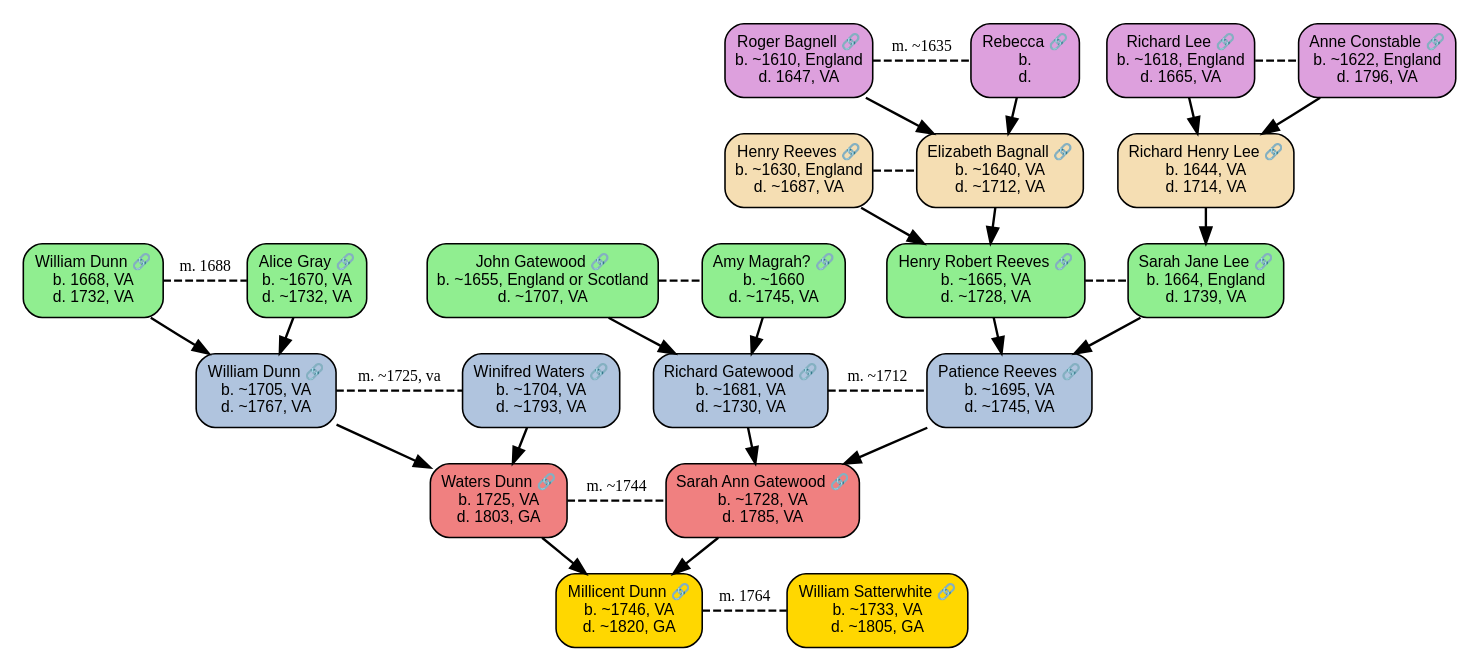
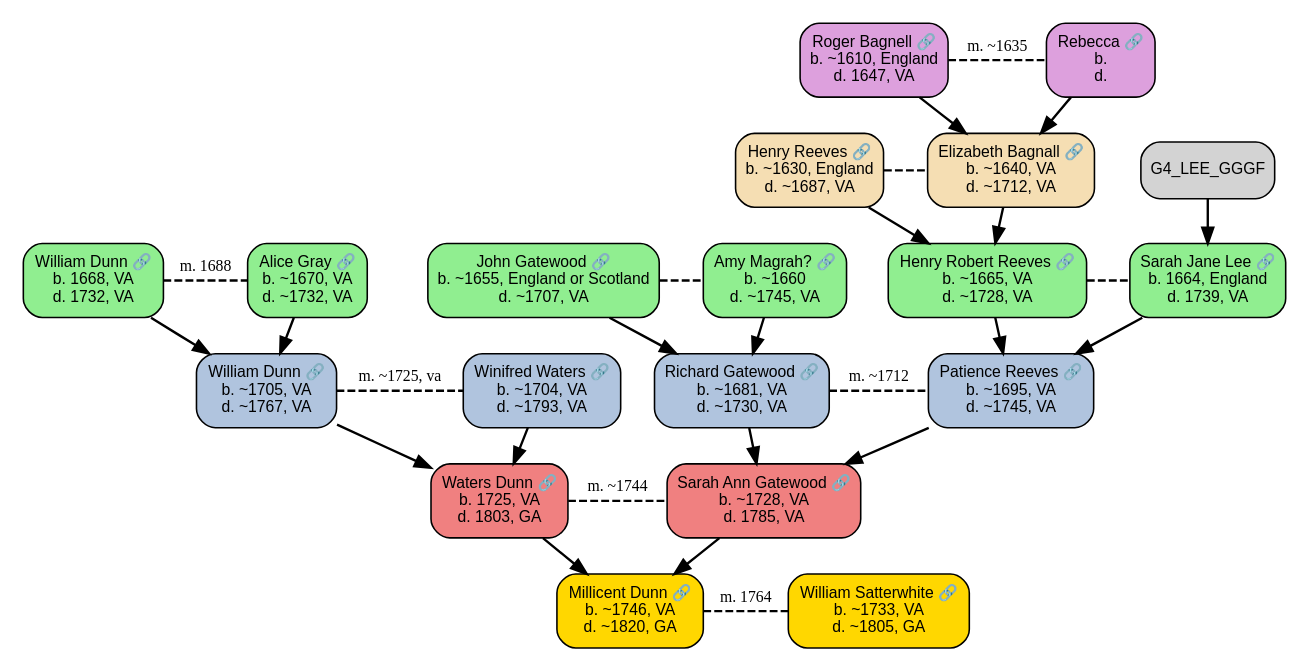
Before and after one commit to lchogal/Scott_line: the diagram in output/Scott_line_Satterwhite_branch_Dunn_branch.dot, drawn with Graphviz. The commit also changed 21 other files, not shown here.

```diff
--- a/output/Scott_line_Satterwhite_branch_Dunn_branch.dot
+++ b/output/Scott_line_Satterwhite_branch_Dunn_branch.dot
@@ -1,78 +1,71 @@
 digraph family_tree {
     rankdir=TB;
     bgcolor=white;
     margin=0.1;
     pad=0.1;
     ranksep=0.3;
     nodesep=0.2;
     node [shape=box, style="filled,rounded", fontname="Arial", fontsize=10, fixedsize=false, margin=0.1];
     edge [color=black, penwidth=1.5];
     
     
     "G0_ME" [label="Millicent Dunn 🔗\nb. ~1746, VA\nd. ~1820, GA", fillcolor="gold", style="filled,rounded", URL="https://www.wikitree.com/wiki/Dunn-1110", target="_blank", tooltip=""];
     "G0_SPOUSE" [label="William Satterwhite 🔗\nb. ~1733, VA\nd. ~1805, GA", fillcolor="gold", style="filled,rounded", URL="https://www.wikitree.com/wiki/Satterwhite-248", target="_blank", tooltip=""];
     "G1_FATHER" [label="Waters Dunn 🔗\nb. 1725, VA\nd. 1803, GA", fillcolor="lightcoral", style="filled,rounded", URL="https://www.wikitree.com/wiki/Dunn-4072", target="_blank", tooltip=""];
     "G1_MOTHER" [label="Sarah Ann Gatewood 🔗\nb. ~1728, VA\nd. 1785, VA", fillcolor="lightcoral", style="filled,rounded", URL="https://www.wikitree.com/wiki/Gatewood-229", target="_blank", tooltip=""];
     "G2_PATERNAL_GF" [label="William Dunn 🔗\nb. ~1705, VA\nd. ~1767, VA", fillcolor="lightsteelblue", style="filled,rounded", URL="https://www.wikitree.com/wiki/Dunn-870", target="_blank", tooltip=""];
     "G2_PATERNAL_GM" [label="Winifred Waters 🔗\nb. ~1704, VA\nd. ~1793, VA", fillcolor="lightsteelblue", style="filled,rounded", URL="https://www.wikitree.com/wiki/Waters-545", target="_blank", tooltip=""];
     "G2_MATERNAL_GF" [label="Richard Gatewood 🔗\nb. ~1681, VA\nd. ~1730, VA", fillcolor="lightsteelblue", style="filled,rounded", URL="https://www.wikitree.com/wiki/Gatewood-75", target="_blank", tooltip=""];
     "G2_MATERNAL_GM" [label="Patience Reeves 🔗\nb. ~1695, VA\nd. ~1745, VA", fillcolor="lightsteelblue", style="filled,rounded", URL="https://www.wikitree.com/wiki/Reeves-784", target="_blank", tooltip=""];
     "G3_DUNN_GGF" [label="William Dunn 🔗\nb. 1668, VA\nd. 1732, VA", fillcolor="lightgreen", style="filled,rounded", URL="https://www.wikitree.com/wiki/Dunn-871", target="_blank", tooltip=""];
     "G3_GRAY_GGM" [label="Alice Gray 🔗\nb. ~1670, VA\nd. ~1732, VA", fillcolor="lightgreen", style="filled,rounded", URL="https://www.wikitree.com/wiki/Gray-1448", target="_blank", tooltip=""];
     "G3_GATEWOOD_GGF" [label="John Gatewood 🔗\nb. ~1655, England or Scotland\nd. ~1707, VA", fillcolor="lightgreen", style="filled,rounded", URL="https://www.wikitree.com/wiki/Gatewood-82", target="_blank", tooltip=""];
     "G3_MARGRAH_GGM" [label="Amy Magrah? 🔗\nb. ~1660\nd. ~1745, VA", fillcolor="lightgreen", style="filled,rounded", URL="https://www.wikitree.com/wiki/Magrah-2", target="_blank", tooltip=""];
     "G3_REEVES_GGF" [label="Henry Robert Reeves 🔗\nb. ~1665, VA\nd. ~1728, VA", fillcolor="lightgreen", style="filled,rounded", URL="https://www.wikitree.com/wiki/Reeves-5045", target="_blank", tooltip=""];
     "G3_LEE_GGM" [label="Sarah Jane Lee 🔗\nb. 1664, England\nd. 1739, VA", fillcolor="lightgreen", style="filled,rounded", URL="https://www.wikitree.com/wiki/Lee-34349", target="_blank", tooltip=""];
     "G4_REEVES_GGGF" [label="Henry Reeves 🔗\nb. ~1630, England\nd. ~1687, VA", fillcolor="wheat", style="filled,rounded", URL="https://www.wikitree.com/wiki/Reeves-4192", target="_blank", tooltip=""];
     "G4_BAGNALL_GGGM" [label="Elizabeth Bagnall 🔗\nb. ~1640, VA\nd. ~1712, VA", fillcolor="wheat", style="filled,rounded", URL="https://www.wikitree.com/wiki/Bagnall-468", target="_blank", tooltip=""];
-    "G4_LEE_GGGF" [label="Richard Henry Lee 🔗\nb. 1644, VA\nd. 1714, VA", fillcolor="wheat", style="filled,rounded", URL="https://www.wikitree.com/wiki/Lee-16944", target="_blank", tooltip=""];
     "G5_BAGNALL_GGGGF" [label="Roger Bagnell 🔗\nb. ~1610, England\nd. 1647, VA", fillcolor="plum", style="filled,rounded", URL="https://www.wikitree.com/wiki/Bagnall-131", target="_blank", tooltip=""];
     "G5_UNKNOWN_GGGGM" [label="Rebecca 🔗\nb.\nd.", fillcolor="plum", style="filled,rounded", URL="https://www.wikitree.com/wiki/Bagnall-131", target="_blank", tooltip=""];
-    "G5_LEE_GGGGF" [label="Richard Lee 🔗\nb. ~1618, England\nd. 1665, VA", fillcolor="plum", style="filled,rounded", URL="https://www.wikitree.com/wiki/Lee-318", target="_blank", tooltip=""];
-    "G5_CONSTABLE_GGGGM" [label="Anne Constable 🔗\nb. ~1622, England\nd. 1796, VA", fillcolor="plum", style="filled,rounded", URL="https://www.wikitree.com/wiki/Constable-37", target="_blank", tooltip=""];
     
     // Tree navigation connection boxes
     
     // Marriage relationships and rank constraints
     {rank=same; "G0_ME"; "G0_SPOUSE"};
     "G0_ME" -> "G0_SPOUSE" [dir=none, color=black, style=dashed, constraint=false, label="m. 1764", fontsize=10, fontcolor=black];
     {rank=same; "G1_FATHER"; "G1_MOTHER"};
     "G1_FATHER" -> "G1_MOTHER" [dir=none, color=black, style=dashed, constraint=false, label="m. ~1744", fontsize=10, fontcolor=black];
     {rank=same; "G2_PATERNAL_GF"; "G2_PATERNAL_GM"};
     "G2_PATERNAL_GF" -> "G2_PATERNAL_GM" [dir=none, color=black, style=dashed, constraint=false, label="m. ~1725, va", fontsize=10, fontcolor=black];
     {rank=same; "G2_MATERNAL_GF"; "G2_MATERNAL_GM"};
     "G2_MATERNAL_GF" -> "G2_MATERNAL_GM" [dir=none, color=black, style=dashed, constraint=false, label="m. ~1712", fontsize=10, fontcolor=black];
     {rank=same; "G3_DUNN_GGF"; "G3_GRAY_GGM"};
     "G3_DUNN_GGF" -> "G3_GRAY_GGM" [dir=none, color=black, style=dashed, constraint=false, label="m. 1688", fontsize=10, fontcolor=black];
     {rank=same; "G3_GATEWOOD_GGF"; "G3_MARGRAH_GGM"};
     "G3_GATEWOOD_GGF" -> "G3_MARGRAH_GGM" [dir=none, color=black, style=dashed, constraint=false];
     {rank=same; "G3_REEVES_GGF"; "G3_LEE_GGM"};
     "G3_REEVES_GGF" -> "G3_LEE_GGM" [dir=none, color=black, style=dashed, constraint=false];
     {rank=same; "G4_REEVES_GGGF"; "G4_BAGNALL_GGGM"};
     "G4_REEVES_GGGF" -> "G4_BAGNALL_GGGM" [dir=none, color=black, style=dashed, constraint=false];
     {rank=same; "G5_BAGNALL_GGGGF"; "G5_UNKNOWN_GGGGM"};
     "G5_BAGNALL_GGGGF" -> "G5_UNKNOWN_GGGGM" [dir=none, color=black, style=dashed, constraint=false, label="m. ~1635", fontsize=10, fontcolor=black];
-    {rank=same; "G5_LEE_GGGGF"; "G5_CONSTABLE_GGGGM"};
-    "G5_LEE_GGGGF" -> "G5_CONSTABLE_GGGGM" [dir=none, color=black, style=dashed, constraint=false];
     
     // Parent-child relationships
     "G1_FATHER" -> "G0_ME";
     "G1_MOTHER" -> "G0_ME";
     "G2_PATERNAL_GF" -> "G1_FATHER";
     "G2_PATERNAL_GM" -> "G1_FATHER";
     "G2_MATERNAL_GF" -> "G1_MOTHER";
     "G2_MATERNAL_GM" -> "G1_MOTHER";
     "G3_DUNN_GGF" -> "G2_PATERNAL_GF";
     "G3_GRAY_GGM" -> "G2_PATERNAL_GF";
     "G3_GATEWOOD_GGF" -> "G2_MATERNAL_GF";
     "G3_MARGRAH_GGM" -> "G2_MATERNAL_GF";
     "G3_REEVES_GGF" -> "G2_MATERNAL_GM";
     "G3_LEE_GGM" -> "G2_MATERNAL_GM";
     "G4_REEVES_GGGF" -> "G3_REEVES_GGF";
     "G4_BAGNALL_GGGM" -> "G3_REEVES_GGF";
     "G4_LEE_GGGF" -> "G3_LEE_GGM";
     "G5_BAGNALL_GGGGF" -> "G4_BAGNALL_GGGM";
     "G5_UNKNOWN_GGGGM" -> "G4_BAGNALL_GGGM";
-    "G5_LEE_GGGGF" -> "G4_LEE_GGGF";
-    "G5_CONSTABLE_GGGGM" -> "G4_LEE_GGGF";
 }
```
